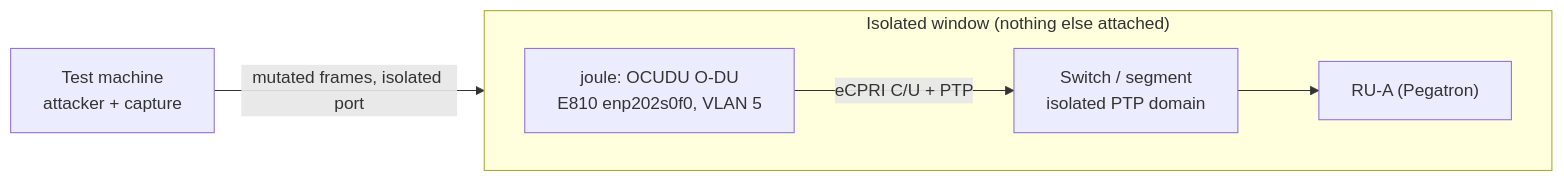
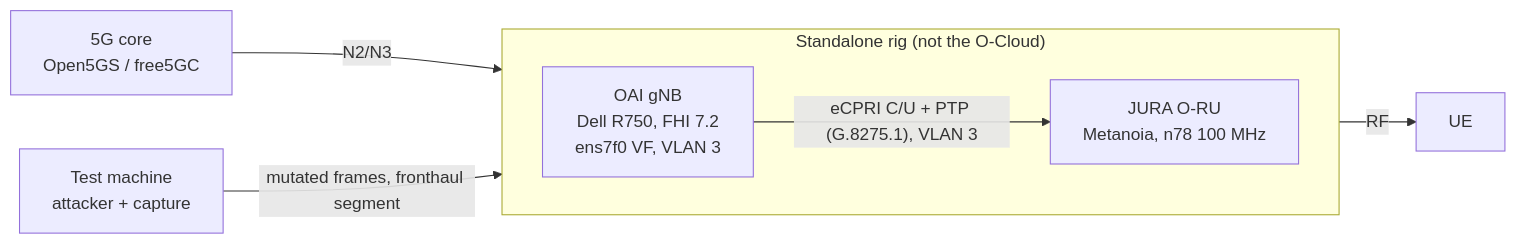
One commit to petrajoyd/intern_repo changed the diagram in docs/sani-fronthaul-run-guide.md. Above: the diagram before and after it, drawn with Mermaid. The commit also changed other lines of this file, not shown here.

First line of the commit message:
Update Sani fronthaul run-guide: OAI gNB + JURA rig

````diff
--- a/docs/sani-fronthaul-run-guide.md
+++ b/docs/sani-fronthaul-run-guide.md
@@ -93,13 +117,14 @@
 ```mermaid
 flowchart LR
+  core["5G core<br/>Open5GS / free5GC"]
+  subgraph rig["Standalone rig (not the O-Cloud)"]
+    direction LR
+    du["OAI gNB<br/>Dell R750, FHI 7.2<br/>ens7f0 VF, VLAN 3"]
+    ru["JURA O-RU<br/>Metanoia, n78 100 MHz"]
+    du -->|"eCPRI C/U + PTP (G.8275.1), VLAN 3"| ru
+  end
   test["Test machine<br/>attacker + capture"]
-  subgraph win["Isolated window (nothing else attached)"]
-    direction LR
-    du["joule: OCUDU O-DU<br/>E810 enp202s0f0, VLAN 5"]
-    sw["Switch / segment<br/>isolated PTP domain"]
-    ru["RU-A (Pegatron)"]
-    du -->|"eCPRI C/U + PTP"| sw
-    sw --> ru
-  end
-  test -->|"mutated frames, isolated port"| sw
+  core -->|"N2/N3"| du
+  ru -->|"RF"| ue["UE"]
+  test -->|"mutated frames, fronthaul segment"| du
 ```
````
